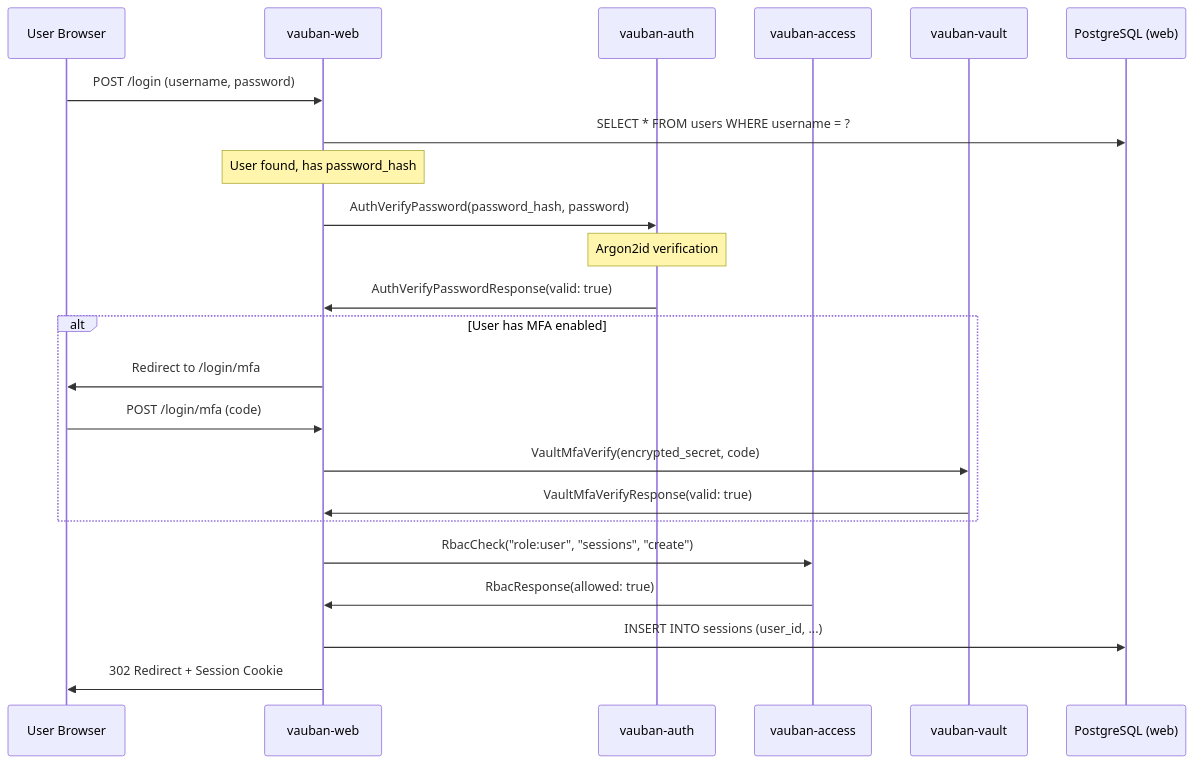
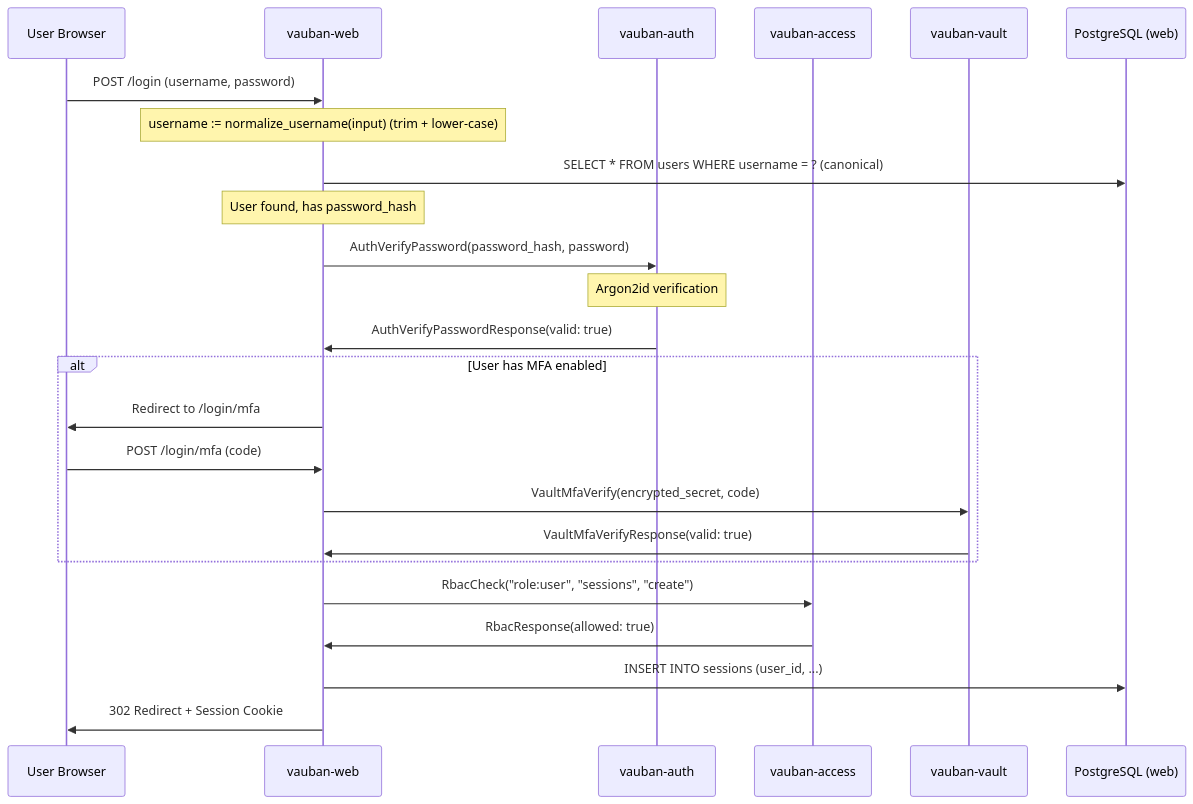
One commit to rbenaley/Vauban changed diagram 20 of 22 in docs/technical/Vauban_IAM_Architecture_EN(1.0).md. Above: the diagram before and after it, drawn with Mermaid. The commit also changed other lines of this file and 13 other files, not shown here.

````diff
--- a/docs/technical/Vauban_IAM_Architecture_EN(1.0).md
+++ b/docs/technical/Vauban_IAM_Architecture_EN(1.0).md
@@ -2530,30 +2530,31 @@
 ```mermaid
 sequenceDiagram
     participant U as User Browser
     participant W as vauban-web
     participant A as vauban-auth
     participant AC as vauban-access
     participant V as vauban-vault
     participant DB as PostgreSQL (web)
 
     U->>W: POST /login (username, password)
-    W->>DB: SELECT * FROM users WHERE username = ?
+    Note over W: username := normalize_username(input) (trim + lower-case)
+    W->>DB: SELECT * FROM users WHERE username = ? (canonical)
     Note over W: User found, has password_hash
 
     W->>A: AuthVerifyPassword(password_hash, password)
     Note over A: Argon2id verification
     A->>W: AuthVerifyPasswordResponse(valid: true)
 
     alt User has MFA enabled
         W->>U: Redirect to /login/mfa
         U->>W: POST /login/mfa (code)
         W->>V: VaultMfaVerify(encrypted_secret, code)
         V->>W: VaultMfaVerifyResponse(valid: true)
     end
 
     W->>AC: RbacCheck("role:user", "sessions", "create")
     AC->>W: RbacResponse(allowed: true)
 
     W->>DB: INSERT INTO sessions (user_id, ...)
     W->>U: 302 Redirect + Session Cookie
 ```
````
